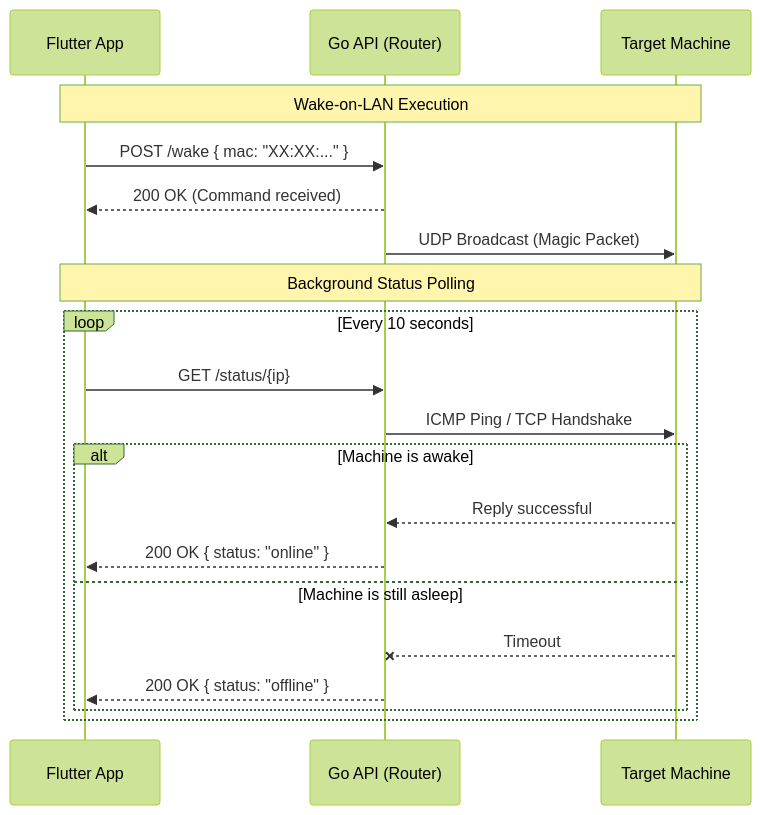
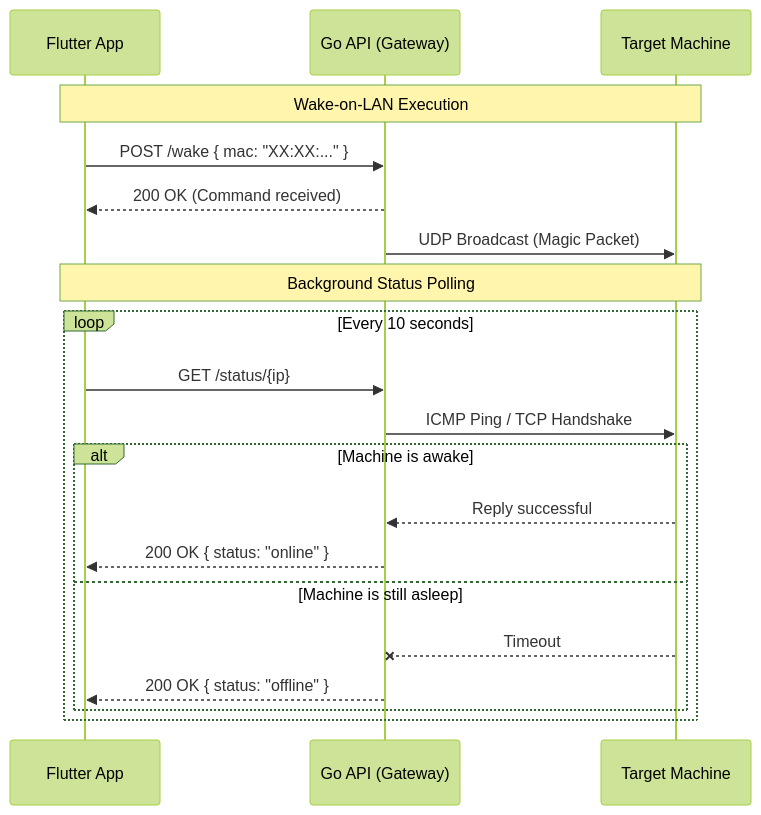
The second of 2 diagrams in README.md (VOID575/Sandman), drawn with Mermaid (forest theme) before and after one commit. The commit also changed other lines of this file, not shown here.

Commit message:
chore(Doc): Update architecture schemas in README according to changes

````diff
--- a/README.md
+++ b/README.md
@@ -75,24 +75,24 @@
 ```mermaid
 sequenceDiagram
     participant App as Flutter App
-    participant API as Go API (Router)
+    participant API as Go API (Gateway)
     participant PC as Target Machine
 
     Note over App, PC: Wake-on-LAN Execution
     App->>API: POST /wake { mac: "XX:XX:..." }
     API-->>App: 200 OK (Command received)
     API->>PC: UDP Broadcast (Magic Packet)
 
     Note over App, PC: Background Status Polling
     loop Every 10 seconds
         App->>API: GET /status/{ip}
         API->>PC: ICMP Ping / TCP Handshake
         alt Machine is awake
             PC-->>API: Reply successful
             API-->>App: 200 OK { status: "online" }
         else Machine is still asleep
             PC--xAPI: Timeout
             API-->>App: 200 OK { status: "offline" }
         end
     end
 ```
````
